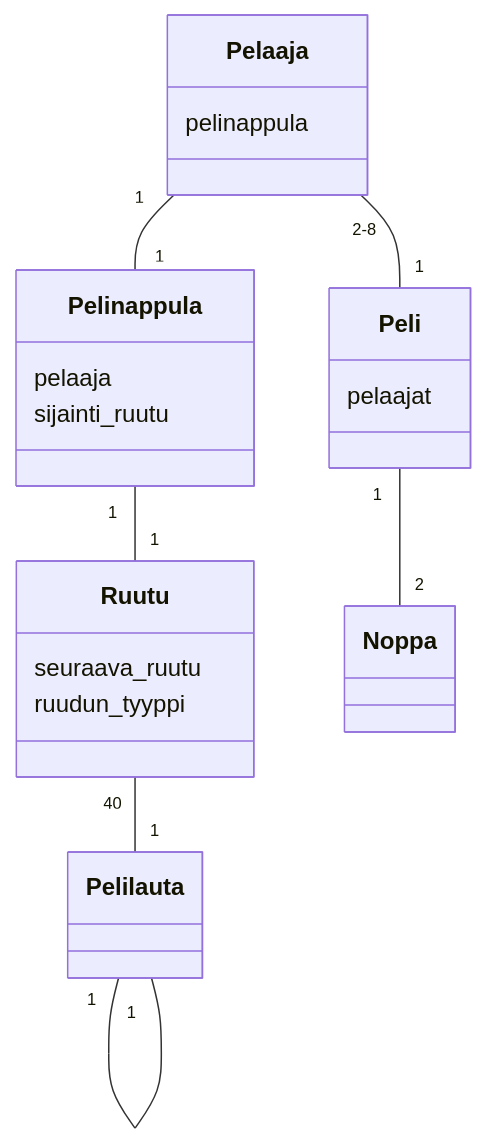
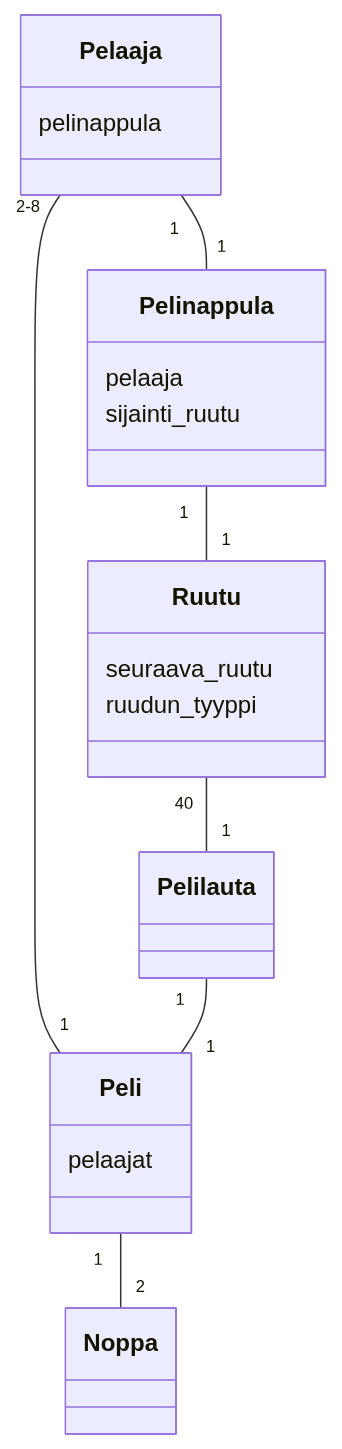
The diagram in laskarit/viikko3/monopoli.md (arolaeemil/ot-harjoitustyo), drawn with Mermaid before and after one commit.

````diff
--- a/laskarit/viikko3/monopoli.md
+++ b/laskarit/viikko3/monopoli.md
@@ -1,27 +1,27 @@
 ```mermaid
  classDiagram
 	Pelaaja "2-8" -- "1" Peli
-	Pelilauta "1" -- "1" Pelilauta
+	Pelilauta "1" -- "1" Peli
 	Ruutu "40" -- "1" Pelilauta
 	Pelaaja "1" -- "1" Pelinappula
 	Peli "1" -- "2" Noppa
 	Pelinappula "1" -- "1" Ruutu
 	class Peli{
 	pelaajat
 	}
 	class Pelaaja{
 	pelinappula
 	}
 	class Pelilauta{
 	}
 	class Ruutu{
 	seuraava_ruutu
 	ruudun_tyyppi
 	}
 	class Pelinappula{
 	pelaaja
 	sijainti_ruutu
 	}
 	class Noppa{
 	}
 ```
````
